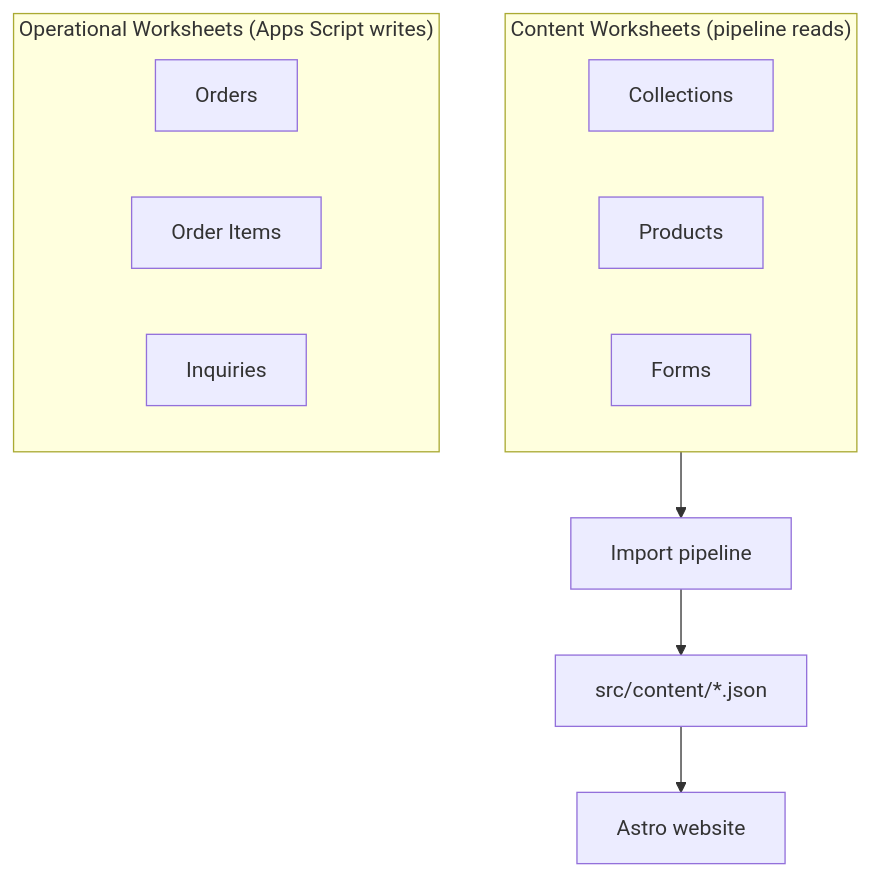
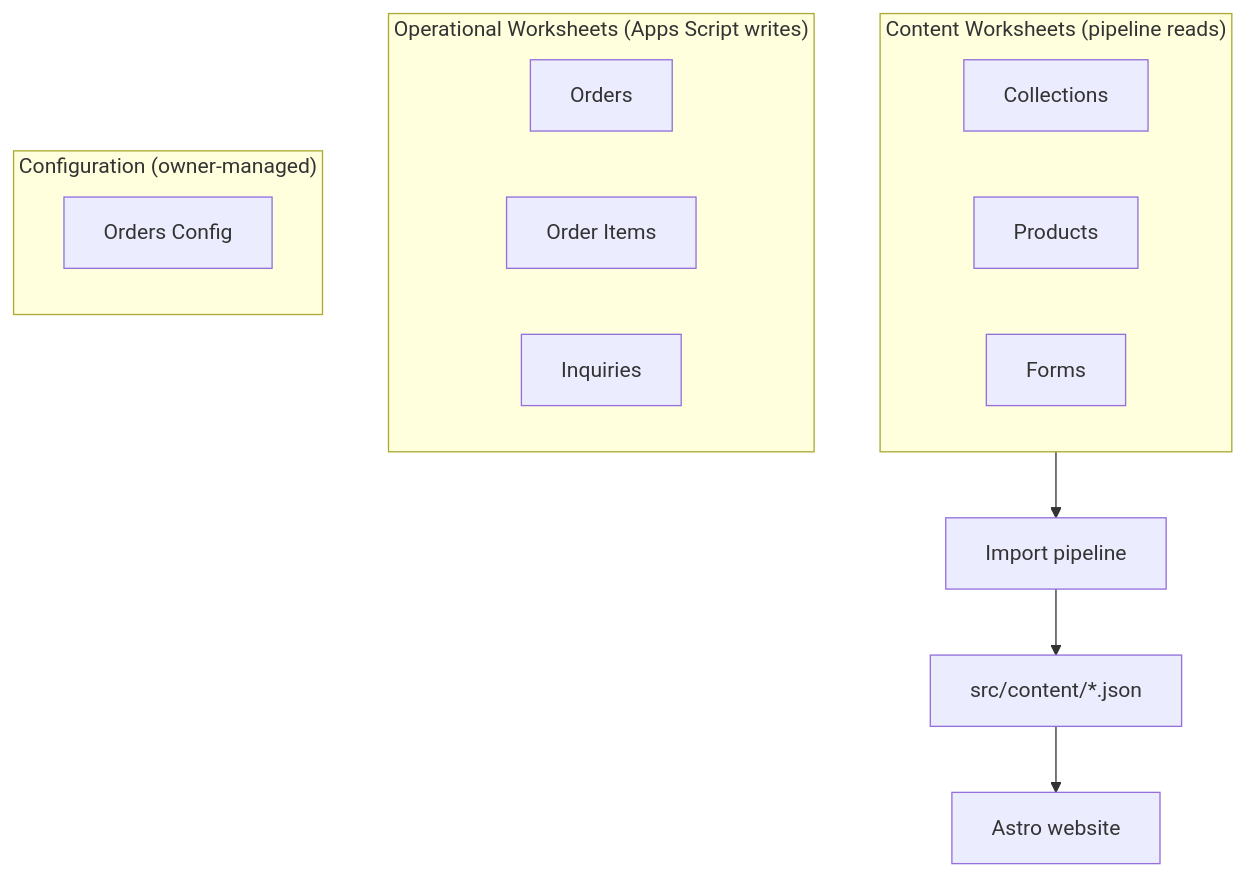
Before and after one commit to Haplo66/ripple-bakes-makes: the first of 2 diagrams in docs/GOOGLE_SHEET_SCHEMA.md, drawn with Mermaid. The commit also changed other lines of this file and 9 other files, not shown here.

````diff
--- a/docs/GOOGLE_SHEET_SCHEMA.md
+++ b/docs/GOOGLE_SHEET_SCHEMA.md
@@ -24,17 +25,20 @@
 ```mermaid
 flowchart TD
   subgraph content["Content Worksheets (pipeline reads)"]
     collections["Collections"]
     products["Products"]
     forms["Forms"]
   end
   subgraph operational["Operational Worksheets (Apps Script writes)"]
     orders["Orders"]
     orderItems["Order Items"]
     inquiries["Inquiries"]
   end
+  subgraph config["Configuration (owner-managed)"]
+    ordersConfig["Orders Config"]
+  end
 
   content --> pipeline["Import pipeline"]
   pipeline --> json["src/content/*.json"]
   json --> website["Astro website"]
 ```
````
